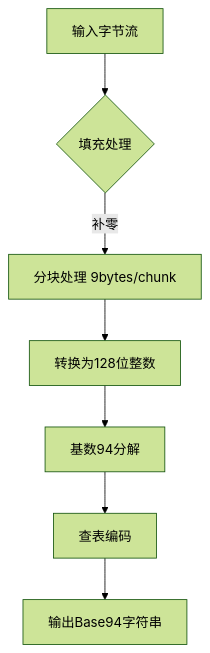
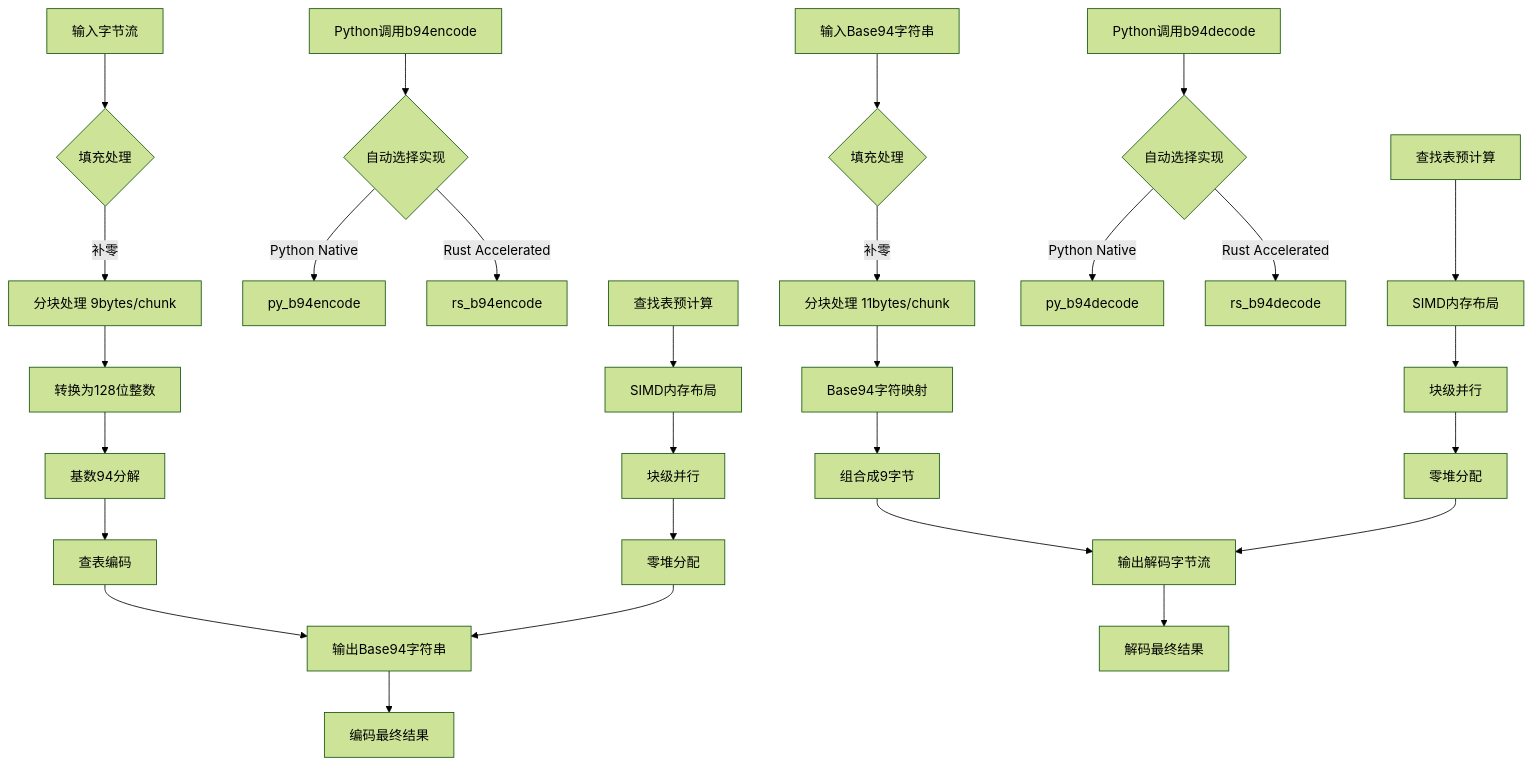
One commit to hibays/base94 changed the diagram in README.md. Above: the diagram before and after it, drawn with Mermaid (forest theme). The commit also changed other lines of this file and 6 other files, not shown here.

````diff
--- a/README.md
+++ b/README.md
@@ -75,9 +84,45 @@
 ```mermaid
 graph TD
+    %% 编码流程开始
     A[输入字节流] --> B{填充处理}
     B -->|补零| C[分块处理 9bytes/chunk]
     C --> D[转换为128位整数]
     D --> E[基数94分解]
     E --> F[查表编码]
     F --> G[输出Base94字符串]
+
+    %% Python Binding 部分
+    H[Python调用b94encode] --> I{自动选择实现}
+    I -->|Python Native| J[py_b94encode]
+    I -->|Rust Accelerated| K[rs_b94encode]
+
+    %% 编码算法及加速细节
+    L[查找表预计算] --> M[SIMD内存布局]
+    M --> N[块级并行]
+    N --> O[零堆分配]
+    O --> G
+
+    %% 编码最终结果
+    G --> P[编码最终结果]
+
+    %% 解码流程开始
+    Q[输入Base94字符串] --> R{填充处理}
+    R -->|补零| S[分块处理 11bytes/chunk]
+    S --> T[Base94字符映射]
+    T --> U[组合成9字节]
+    U --> V[输出解码字节流]
+
+    %% Python Binding 部分
+    W[Python调用b94decode] --> X{自动选择实现}
+    X -->|Python Native| Y[py_b94decode]
+    X -->|Rust Accelerated| Z[rs_b94decode]
+
+    %% 解码算法及加速细节
+    AA[查找表预计算] --> BB[SIMD内存布局]
+    BB --> CC[块级并行]
+    CC --> DD[零堆分配]
+    DD --> V
+
+    %% 解码最终结果
+    V --> EE[解码最终结果]
 ```
````
